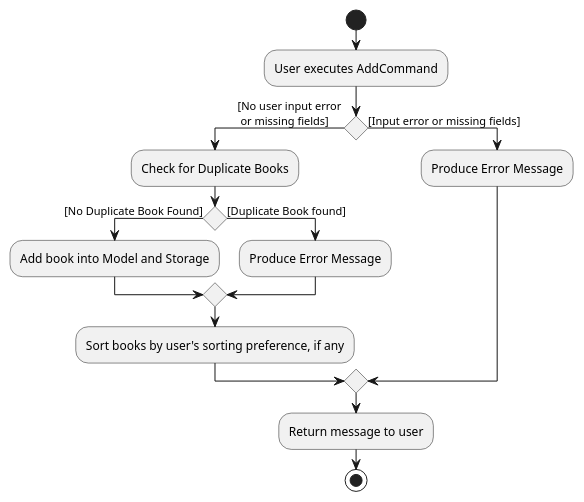
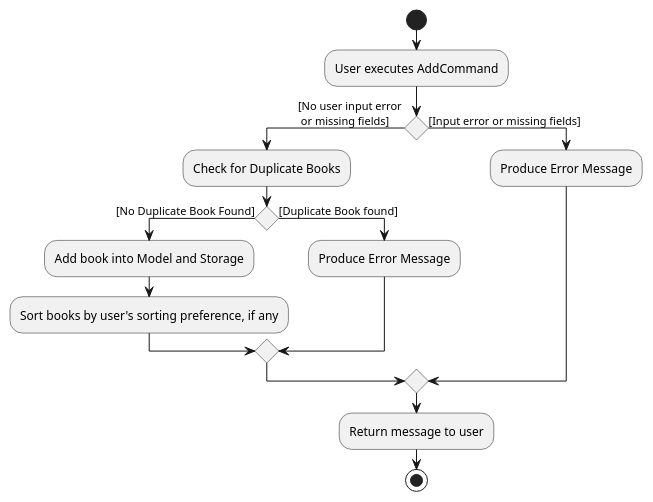
The diagram in docs/diagrams/AddActivityDiagram.puml (pennhanlee/tp), drawn with PlantUML before and after one commit. The commit also changed 11 other files, not shown here.

```diff
--- a/docs/diagrams/AddActivityDiagram.puml
+++ b/docs/diagrams/AddActivityDiagram.puml
@@ -1,18 +1,18 @@
 @startuml
 start
 :User executes AddCommand;
 
 if() then ([No user input error \n or missing fields])
     :Check for Duplicate Books;
     if() then ([No Duplicate Book Found])
         :Add book into Model and Storage;
+        :Sort books by user's sorting preference, if any;
     else ([Duplicate Book found])
         :Produce Error Message;
     endif
-    :Sort books by user's sorting preference, if any;
 else ([Input error or missing fields])
     :Produce Error Message;
 endif
 :Return message to user;
 stop
 @enduml
```
